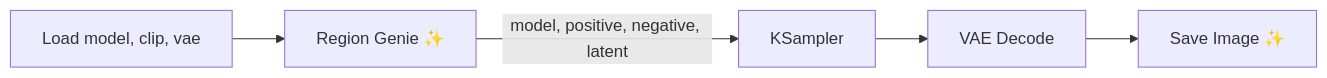
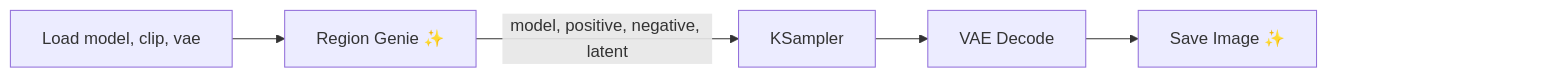
One commit to TheGhostOfSmittyWerbenjagermanjensen/ComfyUI-Region-Genie changed the diagram in README.md. Above: the diagram before and after it, drawn with Mermaid. The commit also changed other lines of this file and 22 other files, not shown here.

First line of the commit message:
An example workflow for every supported model; the Quick start diagram keeps clear of GitHub controls

````diff
--- a/README.md
+++ b/README.md
@@ -81,7 +82,10 @@
 ```mermaid
 flowchart LR
     L[Load model, clip, vae] --> RG[Region Genie ✨]
     RG -- model, positive, negative, latent --> S[KSampler]
     S --> D[VAE Decode]
     D --> SV[Save Image ✨]
+    SV ~~~ p1[" "] ~~~ p2[" "]
+    classDef pad fill:none,stroke:none
+    class p1,p2 pad
 ```
````
